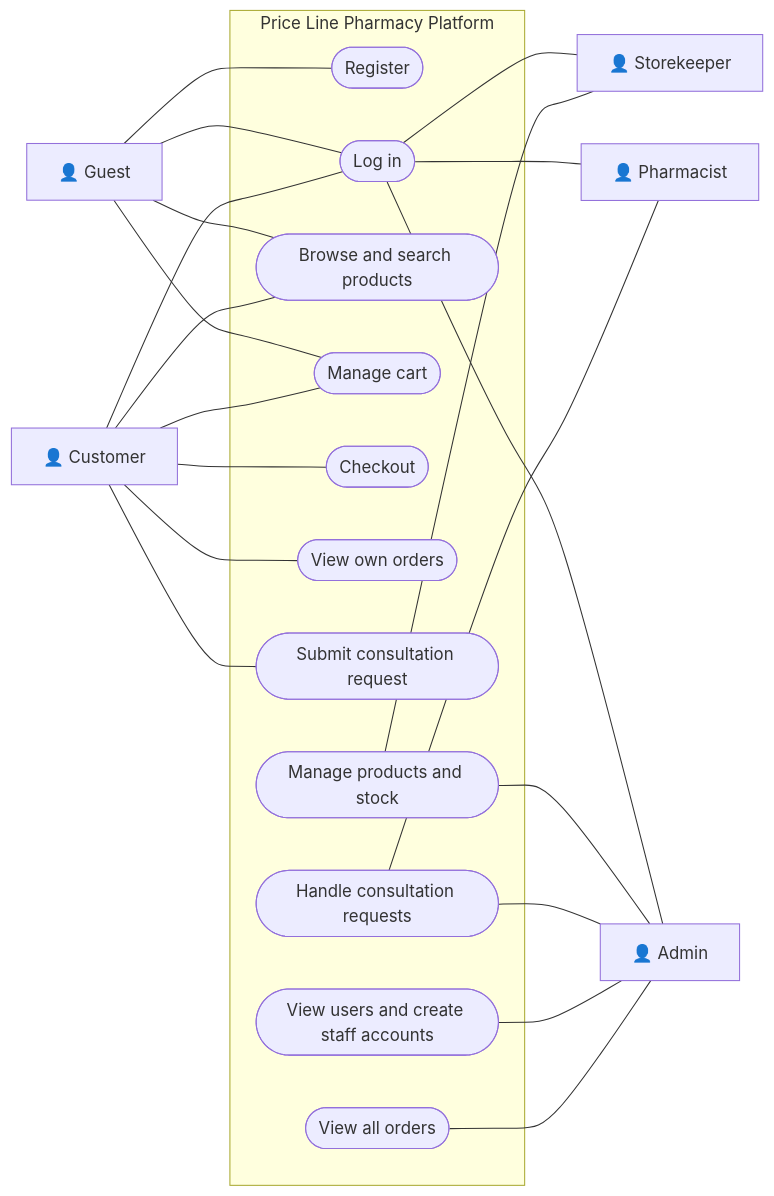
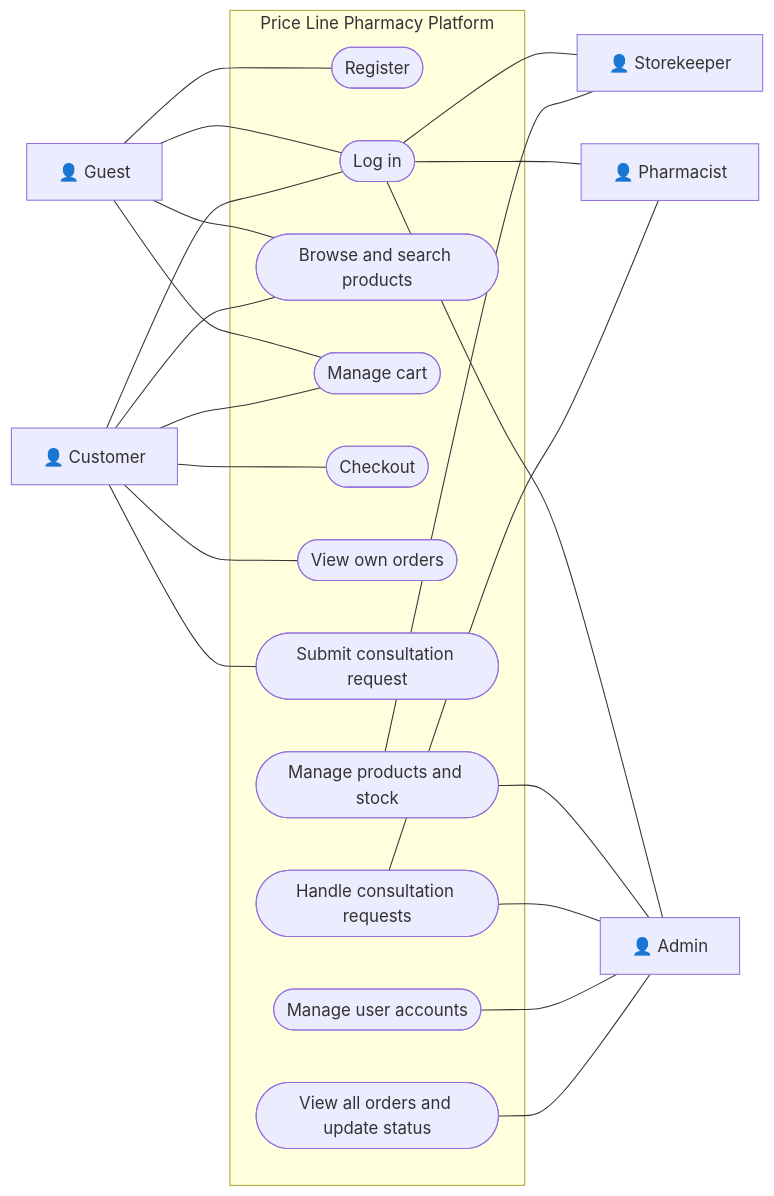
One commit to joyeechuah/Price-Line-Pharmacy-Platform changed the second of 4 diagrams in Project_Proposal.md. Above: the diagram before and after it, drawn with Mermaid. The commit also changed other lines of this file and 11 other files, not shown here.

````diff
--- a/Project_Proposal.md
+++ b/Project_Proposal.md
@@ -192,46 +193,46 @@
 ```mermaid
 flowchart LR
     G["👤 Guest"]
     C["👤 Customer"]
     S["👤 Storekeeper"]
     P["👤 Pharmacist"]
     A["👤 Admin"]
 
     subgraph SYS["Price Line Pharmacy Platform"]
         UC1(["Register"])
         UC2(["Log in"])
         UC3(["Browse and search products"])
         UC4(["Manage cart"])
         UC5(["Checkout"])
         UC6(["View own orders"])
         UC7(["Submit consultation request"])
         UC8(["Manage products and stock"])
         UC9(["Handle consultation requests"])
-        UC10(["View users and create staff accounts"])
-        UC11(["View all orders"])
+        UC10(["Manage user accounts"])
+        UC11(["View all orders and update status"])
     end
 
     G --- UC1
     G --- UC2
     G --- UC3
     G --- UC4
 
     C --- UC2
     C --- UC3
     C --- UC4
     C --- UC5
     C --- UC6
     C --- UC7
 
     UC2 --- S
     UC8 --- S
 
     UC2 --- P
     UC9 --- P
 
     UC2 --- A
     UC8 --- A
     UC9 --- A
     UC10 --- A
     UC11 --- A
 ```
````
